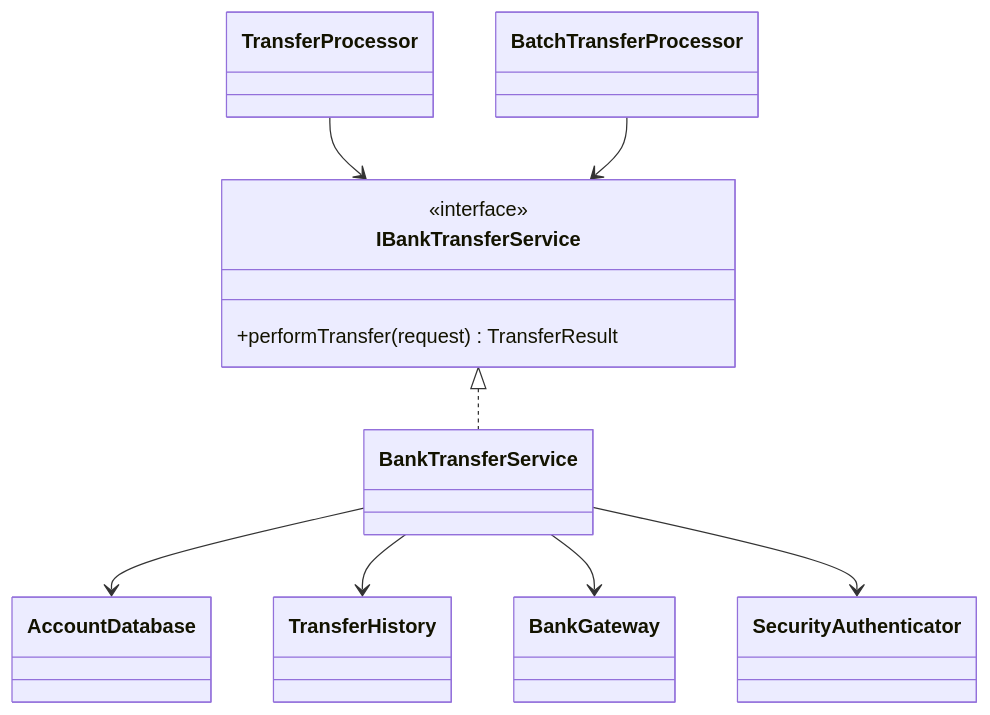
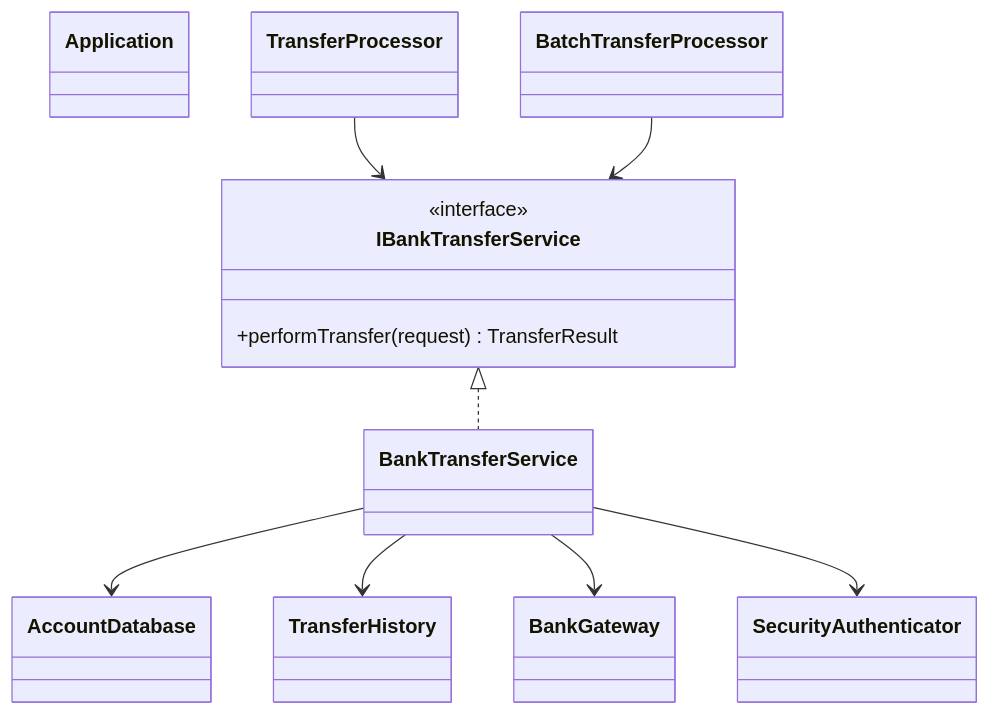
One commit to kumachan1101-pixel/DesignPattern changed the seventh of 11 diagrams in kindle/design-patterns/output/chapter02.md. Above: the diagram before and after it, drawn with Mermaid. The commit also changed other lines of this file and 19 other files, not shown here.

````diff
--- a/kindle/design-patterns/output/chapter02.md
+++ b/kindle/design-patterns/output/chapter02.md
@@ -2166,21 +1990,22 @@
 ```mermaid
 classDiagram
+    class Application
     class TransferProcessor
     class BatchTransferProcessor
     class IBankTransferService {
         <<interface>>
         +performTransfer(request) TransferResult
     }
     class BankTransferService
     class AccountDatabase
     class TransferHistory
     class BankGateway
     class SecurityAuthenticator
     TransferProcessor --> IBankTransferService
     BatchTransferProcessor --> IBankTransferService
     IBankTransferService <|.. BankTransferService
     BankTransferService --> AccountDatabase
     BankTransferService --> TransferHistory
     BankTransferService --> BankGateway
     BankTransferService --> SecurityAuthenticator
 ```
````
